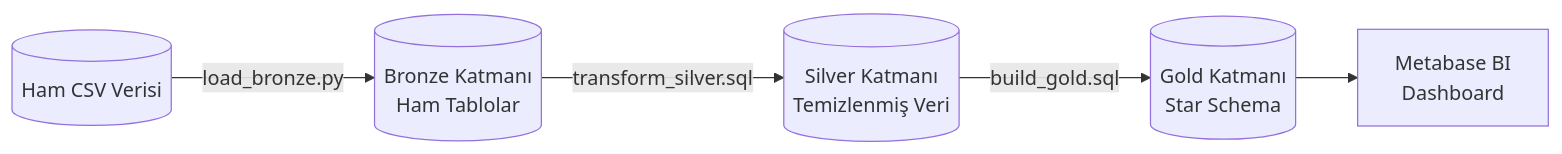
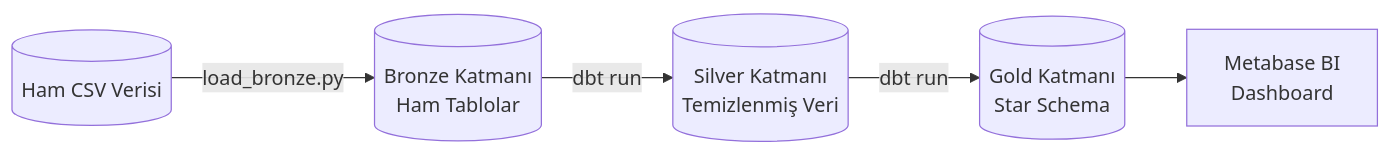
The third of 4 diagrams in README.md (luckylaplace/irish-rent-analytics), drawn with Mermaid before and after one commit. The commit also changed other lines of this file and 21 other files, not shown here.

````diff
--- a/README.md
+++ b/README.md
@@ -106,7 +108,7 @@
 ```mermaid
 graph LR
     A[(Ham CSV Verisi)] -->|load_bronze.py| B[(Bronze Katmanı<br/>Ham Tablolar)]
-    B -->|transform_silver.sql| C[(Silver Katmanı<br/>Temizlenmiş Veri)]
-    C -->|build_gold.sql| D[(Gold Katmanı<br/>Star Schema)]
+    B -->|dbt run| C[(Silver Katmanı<br/>Temizlenmiş Veri)]
+    C -->|dbt run| D[(Gold Katmanı<br/>Star Schema)]
     D --> E[Metabase BI<br/>Dashboard]
 ```
````
